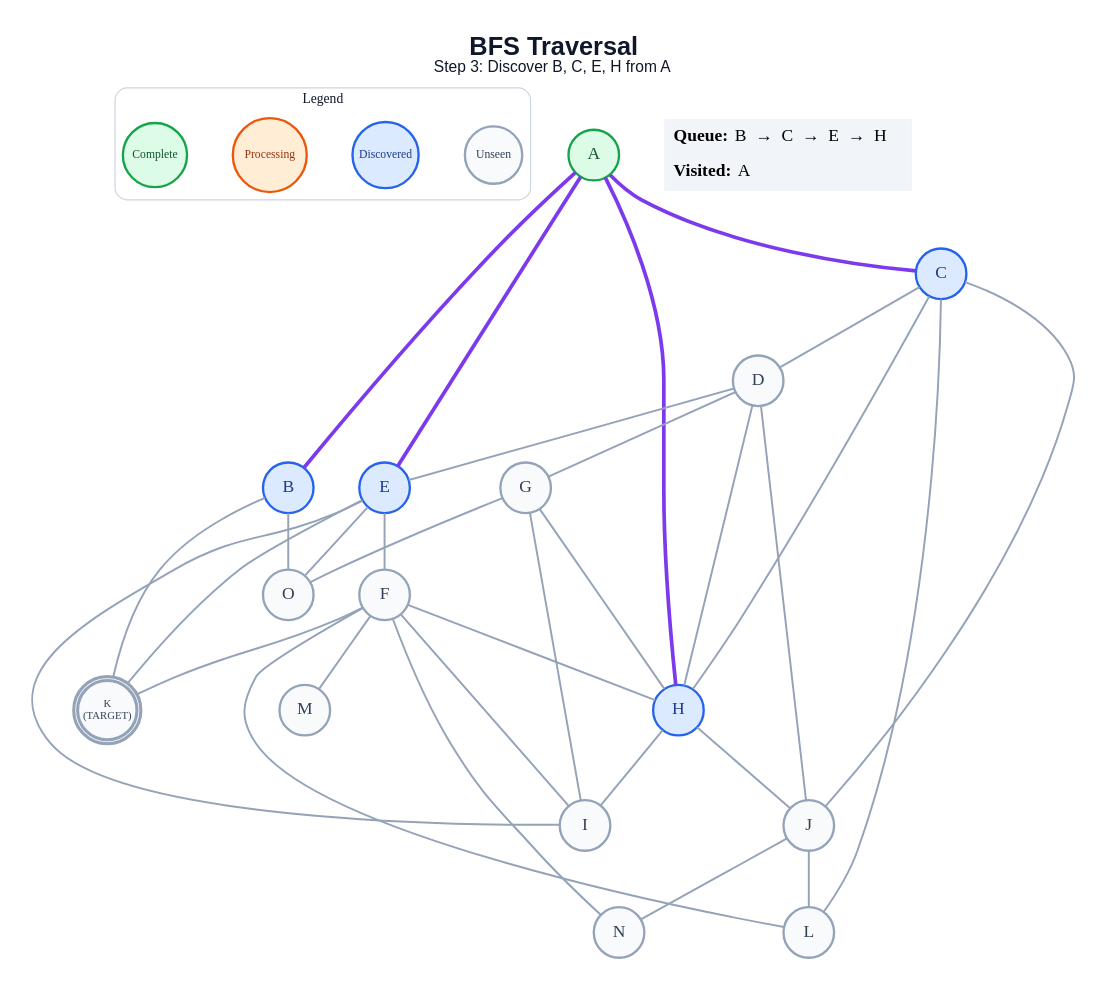
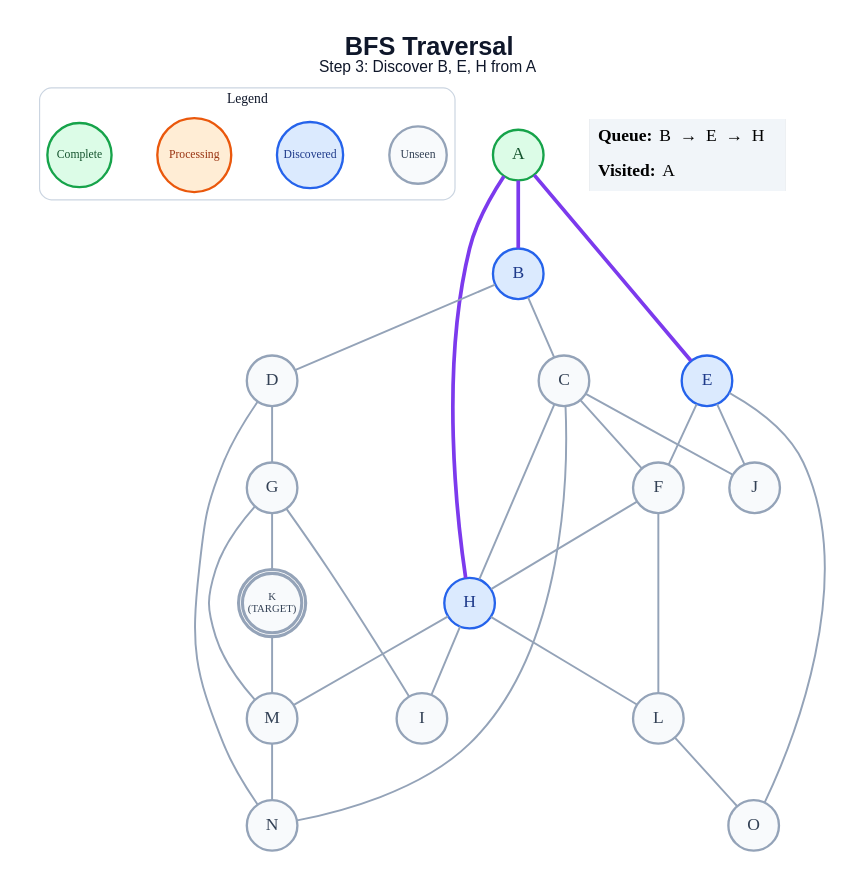
The diagram in generated/specific-node/bfs/step_03.dot (anon7238593-create/ai-slop), drawn with Graphviz before and after one commit. The commit also changed 331 other files, not shown here.

```diff
--- a/generated/specific-node/bfs/step_03.dot
+++ b/generated/specific-node/bfs/step_03.dot
@@ -1,65 +1,59 @@
 graph traversal {
   graph [layout=dot, rankdir=TB, bgcolor="#FFFFFF", pad="0.35", nodesep="0.65", ranksep="0.8", fontname="Arial"];
   node [shape=circle, style="filled", fontname="Arial Bold", fontsize=18, width=0.72, fixedsize=true, penwidth=2.4];
   edge [color="#94A3B8", penwidth=2.0];
-  label=<<B>BFS Traversal</B><BR/><FONT POINT-SIZE="16">Step 3: Discover B, C, E, H from A</FONT>>; labelloc="t"; fontsize=26; fontname="Arial"; fontcolor="#0F172A";
+  label=<<B>BFS Traversal</B><BR/><FONT POINT-SIZE="16">Step 3: Discover B, E, H from A</FONT>>; labelloc="t"; fontsize=26; fontname="Arial"; fontcolor="#0F172A";
   subgraph cluster_legend { label="Legend"; color="#CBD5E1"; penwidth=1.2; style="rounded"; fontsize=14; fontname="Arial Bold";
     key_unseen [label="Unseen", fillcolor="#F8FAFC", color="#94A3B8", fontcolor="#334155", fontsize=12, width=0.82];
     key_frontier [label="Discovered", fillcolor="#DBEAFE", color="#2563EB", fontcolor="#1E3A8A", fontsize=12, width=0.95];
     key_current [label="Processing", fillcolor="#FFEDD5", color="#EA580C", fontcolor="#9A3412", fontsize=12, width=1.05];
     key_done [label="Complete", fillcolor="#DCFCE7", color="#16A34A", fontcolor="#14532D", fontsize=12, width=0.92];
     { rank=same; key_unseen; key_frontier; key_current; key_done; }
   }
   A [label="A", fillcolor="#DCFCE7", color="#16A34A", fontcolor="#14532D", peripheries=1, penwidth=2.4];
   B [label="B", fillcolor="#DBEAFE", color="#2563EB", fontcolor="#1E3A8A", peripheries=1, penwidth=2.4];
-  C [label="C", fillcolor="#DBEAFE", color="#2563EB", fontcolor="#1E3A8A", peripheries=1, penwidth=2.4];
+  C [label="C", fillcolor="#F8FAFC", color="#94A3B8", fontcolor="#334155", peripheries=1, penwidth=2.4];
   D [label="D", fillcolor="#F8FAFC", color="#94A3B8", fontcolor="#334155", peripheries=1, penwidth=2.4];
   E [label="E", fillcolor="#DBEAFE", color="#2563EB", fontcolor="#1E3A8A", peripheries=1, penwidth=2.4];
   F [label="F", fillcolor="#F8FAFC", color="#94A3B8", fontcolor="#334155", peripheries=1, penwidth=2.4];
   G [label="G", fillcolor="#F8FAFC", color="#94A3B8", fontcolor="#334155", peripheries=1, penwidth=2.4];
   H [label="H", fillcolor="#DBEAFE", color="#2563EB", fontcolor="#1E3A8A", peripheries=1, penwidth=2.4];
   I [label="I", fillcolor="#F8FAFC", color="#94A3B8", fontcolor="#334155", peripheries=1, penwidth=2.4];
   J [label="J", fillcolor="#F8FAFC", color="#94A3B8", fontcolor="#334155", peripheries=1, penwidth=2.4];
   K [label="K\n(TARGET)", fillcolor="#F8FAFC", color="#94A3B8", fontcolor="#334155", peripheries=2, penwidth=3.2, fontsize=11, width=0.85, height=0.85];
   L [label="L", fillcolor="#F8FAFC", color="#94A3B8", fontcolor="#334155", peripheries=1, penwidth=2.4];
   M [label="M", fillcolor="#F8FAFC", color="#94A3B8", fontcolor="#334155", peripheries=1, penwidth=2.4];
   N [label="N", fillcolor="#F8FAFC", color="#94A3B8", fontcolor="#334155", peripheries=1, penwidth=2.4];
   O [label="O", fillcolor="#F8FAFC", color="#94A3B8", fontcolor="#334155", peripheries=1, penwidth=2.4];
   A -- B [color="#7C3AED", penwidth=3.8];
-  A -- C [color="#7C3AED", penwidth=3.8];
   A -- E [color="#7C3AED", penwidth=3.8];
   A -- H [color="#7C3AED", penwidth=3.8];
-  B -- K;
-  B -- O;
-  C -- D;
+  B -- C;
+  B -- D;
+  C -- F;
   C -- H;
   C -- J;
-  C -- L;
-  D -- E;
+  C -- N;
   D -- G;
-  D -- H;
-  D -- J;
+  D -- N;
   E -- F;
-  E -- I;
-  E -- K;
+  E -- J;
   E -- O;
   F -- H;
-  F -- I;
-  F -- K;
   F -- L;
-  F -- M;
-  F -- N;
-  G -- H;
   G -- I;
-  G -- O;
+  G -- K;
+  G -- M;
   H -- I;
-  H -- J;
-  J -- L;
-  J -- N;
+  H -- L;
+  H -- M;
+  K -- M;
+  L -- O;
+  M -- N;
   status [shape=plain, fixedsize=false, width=0, height=0, margin=0, label=<
     <TABLE BORDER="0" CELLBORDER="0" CELLPADDING="7" BGCOLOR="#F1F5F9">
-      <TR><TD ALIGN="LEFT"><B>Queue:</B> B  →  C  →  E  →  H</TD></TR>
+      <TR><TD ALIGN="LEFT"><B>Queue:</B> B  →  E  →  H</TD></TR>
       <TR><TD ALIGN="LEFT"><B>Visited:</B> A</TD></TR>
     </TABLE>
   >];
 }
```
